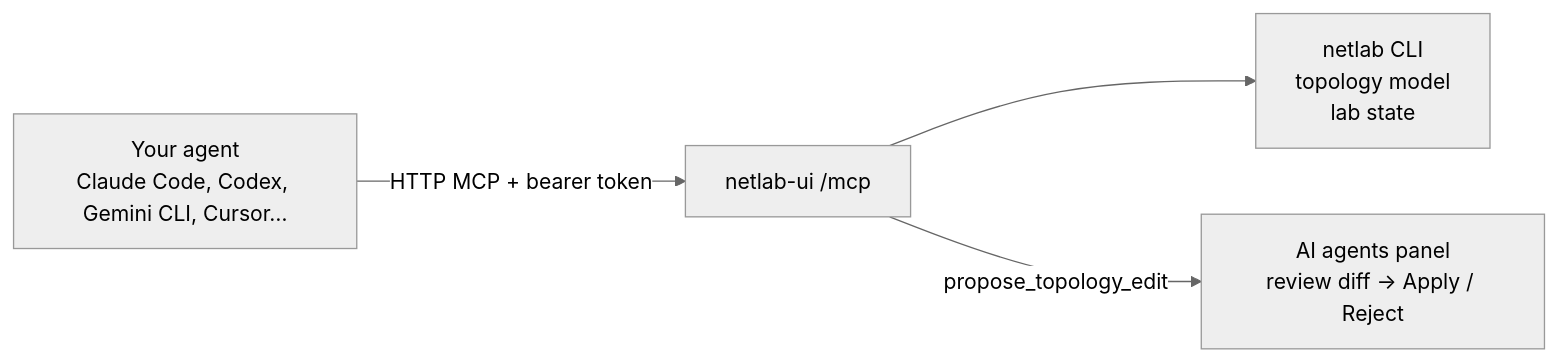
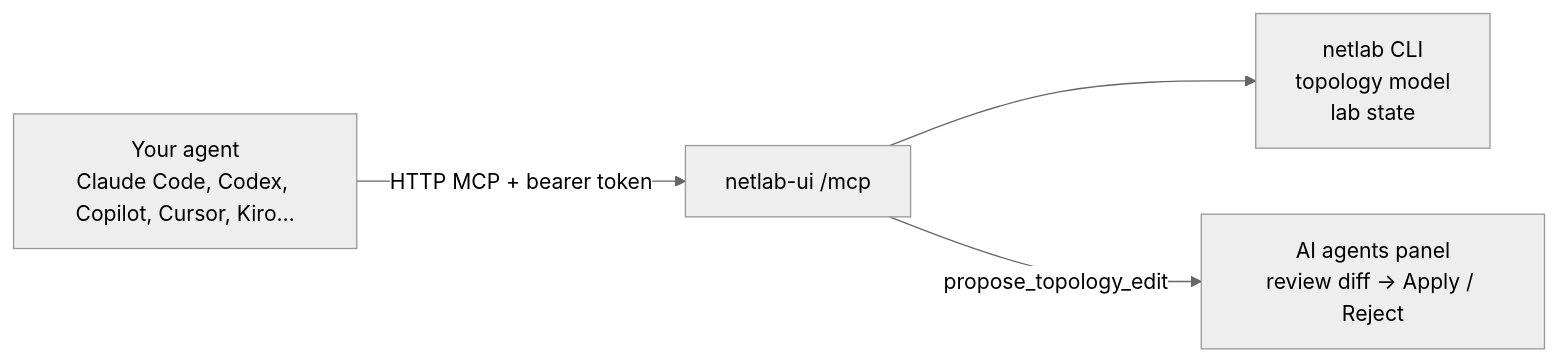
Before and after one commit to Muddyblack/netlab-ui: the diagram in docs/ai-agents.md, drawn with Mermaid (neutral theme). The commit also changed other lines of this file and 181 other files, not shown here.

````diff
--- a/docs/ai-agents.md
+++ b/docs/ai-agents.md
@@ -5,6 +5,6 @@
 ```mermaid
 flowchart LR
-    Agent["Your agent<br/>Claude Code, Codex, Gemini CLI, Cursor…"] -->|"HTTP MCP + bearer token"| Mcp["netlab-ui /mcp"]
+    Agent["Your agent<br/>Claude Code, Codex, Copilot, Cursor, Kiro…"] -->|"HTTP MCP + bearer token"| Mcp["netlab-ui /mcp"]
     Mcp --> Tools["netlab CLI<br/>topology model<br/>lab state"]
     Mcp -->|"propose_topology_edit"| Panel["AI agents panel<br/>review diff → Apply / Reject"]
 ```
````
